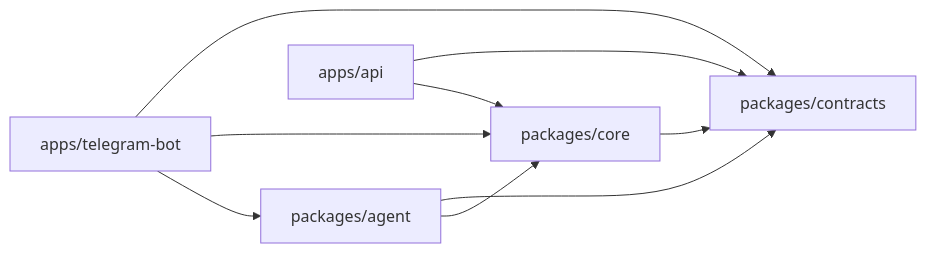
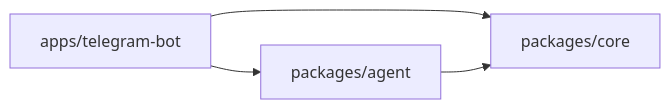
Before and after one commit to guidugaich/ai-travel-agent: the third of 4 diagrams in ARCHITECTURE.md, drawn with Mermaid. The commit also changed other lines of this file and 24 other files, not shown here.

````diff
--- a/ARCHITECTURE.md
+++ b/ARCHITECTURE.md
@@ -78,11 +98,6 @@
 ```mermaid
 flowchart LR
   bot["apps/telegram-bot"] --> agent["packages/agent"]
   bot --> core["packages/core"]
-  bot --> contracts["packages/contracts"]
-  api["apps/api"] --> core
-  api --> contracts
   agent --> core
-  agent --> contracts
-  core --> contracts
 ```
````
